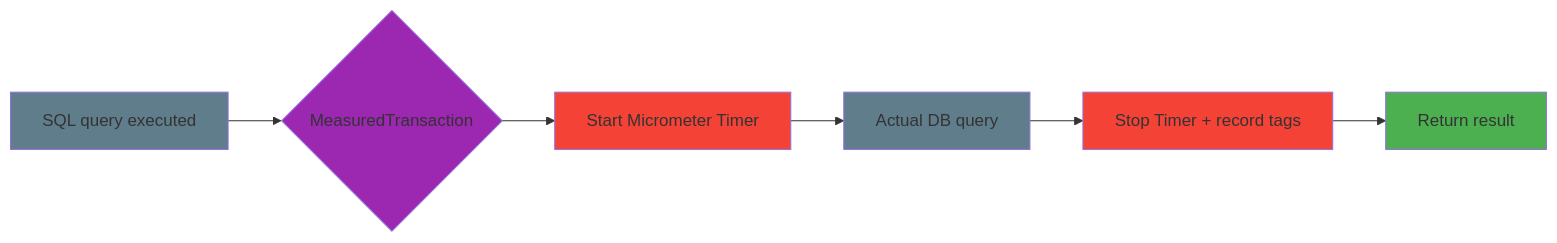
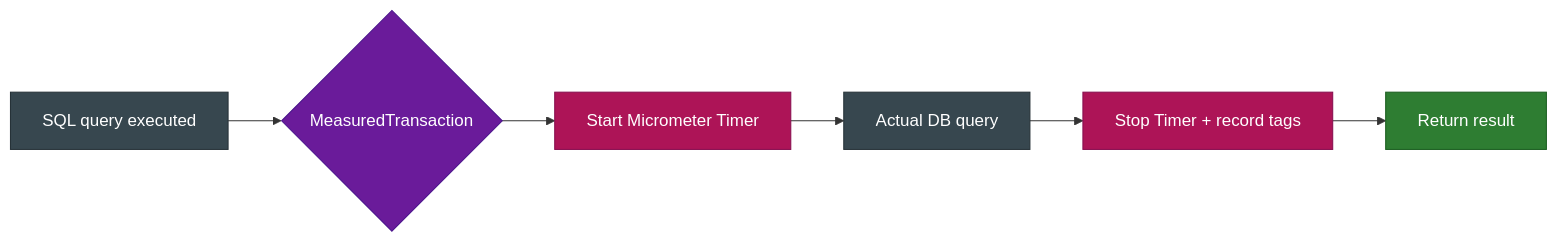
One commit to bluetape4k/bluetape4k-projects changed the second of 3 diagrams in data/exposed-measured/README.md. Above: the diagram before and after it, drawn with Mermaid. The commit also changed other lines of this file and 221 other files, not shown here.

First line of the commit message:
docs: 전체 모듈 README UML 다이어그램 보강 및 색상 업그레이드

````diff
--- a/data/exposed-measured/README.md
+++ b/data/exposed-measured/README.md
@@ -81,15 +89,20 @@
 ```mermaid
 flowchart LR
     A[SQL query executed] --> B{MeasuredTransaction}
     B --> C[Start Micrometer Timer]
     C --> D[Actual DB query]
     D --> E[Stop Timer + record tags]
     E --> F[Return result]
 
-    style A fill:#607D8B
-    style B fill:#9C27B0
-    style C fill:#F44336
-    style D fill:#607D8B
-    style E fill:#F44336
-    style F fill:#4CAF50
+    classDef queryStyle fill:#37474F,stroke:#263238,color:#FFFFFF
+    classDef txStyle fill:#6A1B9A,stroke:#4A148C,color:#FFFFFF
+    classDef timerStyle fill:#AD1457,stroke:#880E4F,color:#FFFFFF
+    classDef resultStyle fill:#2E7D32,stroke:#1B5E20,color:#FFFFFF
+
+    class A queryStyle
+    class D queryStyle
+    class B txStyle
+    class C timerStyle
+    class E timerStyle
+    class F resultStyle
 ```
````
